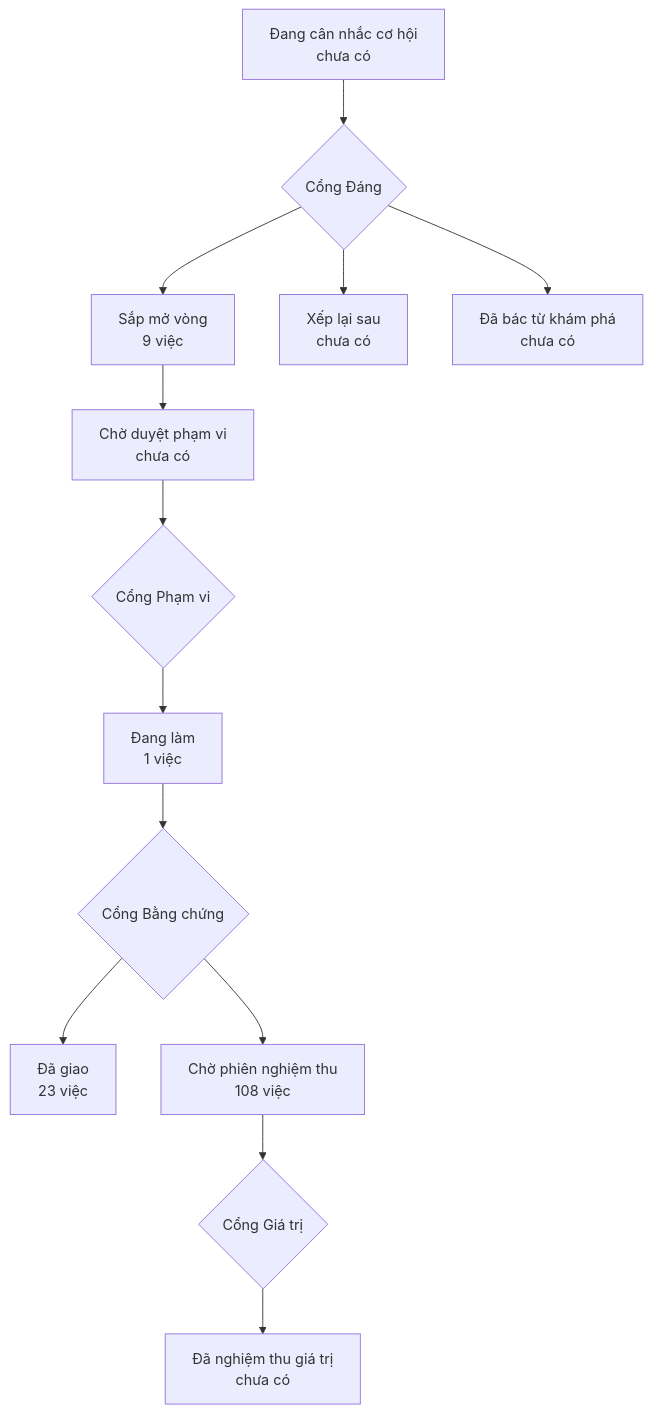
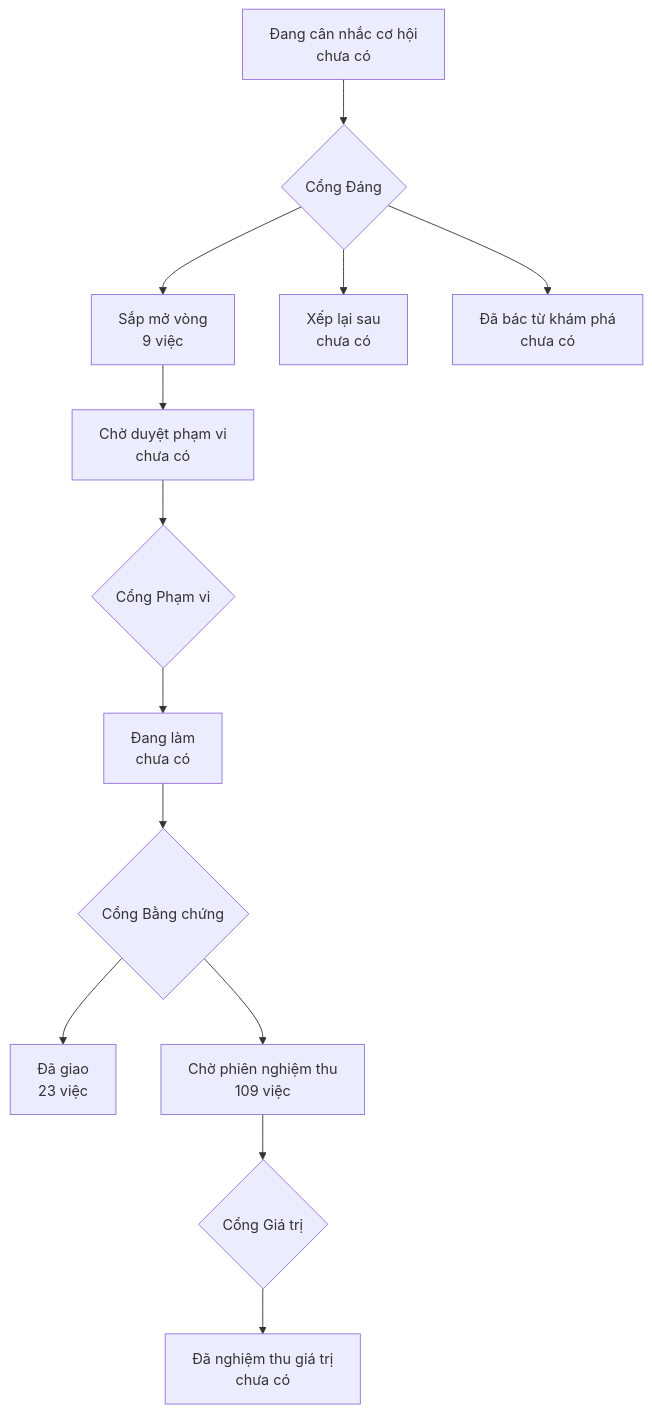
The diagram in PRODUCT-MAP.md (phanlemanh/onehub-quy-hang), drawn with Mermaid before and after one commit. The commit also changed other lines of this file and 8 other files, not shown here.

````diff
--- a/PRODUCT-MAP.md
+++ b/PRODUCT-MAP.md
@@ -7,12 +7,12 @@
 ```mermaid
 flowchart TD
   A["Đang cân nhắc cơ hội<br/>chưa có"] --> GD{"Cổng Đáng"}
   GD --> B["Sắp mở vòng<br/>9 việc"]
   GD --> XL["Xếp lại sau<br/>chưa có"]
   GD --> DB["Đã bác từ khám phá<br/>chưa có"]
   B --> CD["Chờ duyệt phạm vi<br/>chưa có"] --> GP{"Cổng Phạm vi"}
-  GP --> DL["Đang làm<br/>1 việc"] --> GB{"Cổng Bằng chứng"}
+  GP --> DL["Đang làm<br/>chưa có"] --> GB{"Cổng Bằng chứng"}
   GB --> DG["Đã giao<br/>23 việc"]
-  GB --> CN["Chờ phiên nghiệm thu<br/>108 việc"] --> GG{"Cổng Giá trị"}
+  GB --> CN["Chờ phiên nghiệm thu<br/>109 việc"] --> GG{"Cổng Giá trị"}
   GG --> NT["Đã nghiệm thu giá trị<br/>chưa có"]
 ```
````
